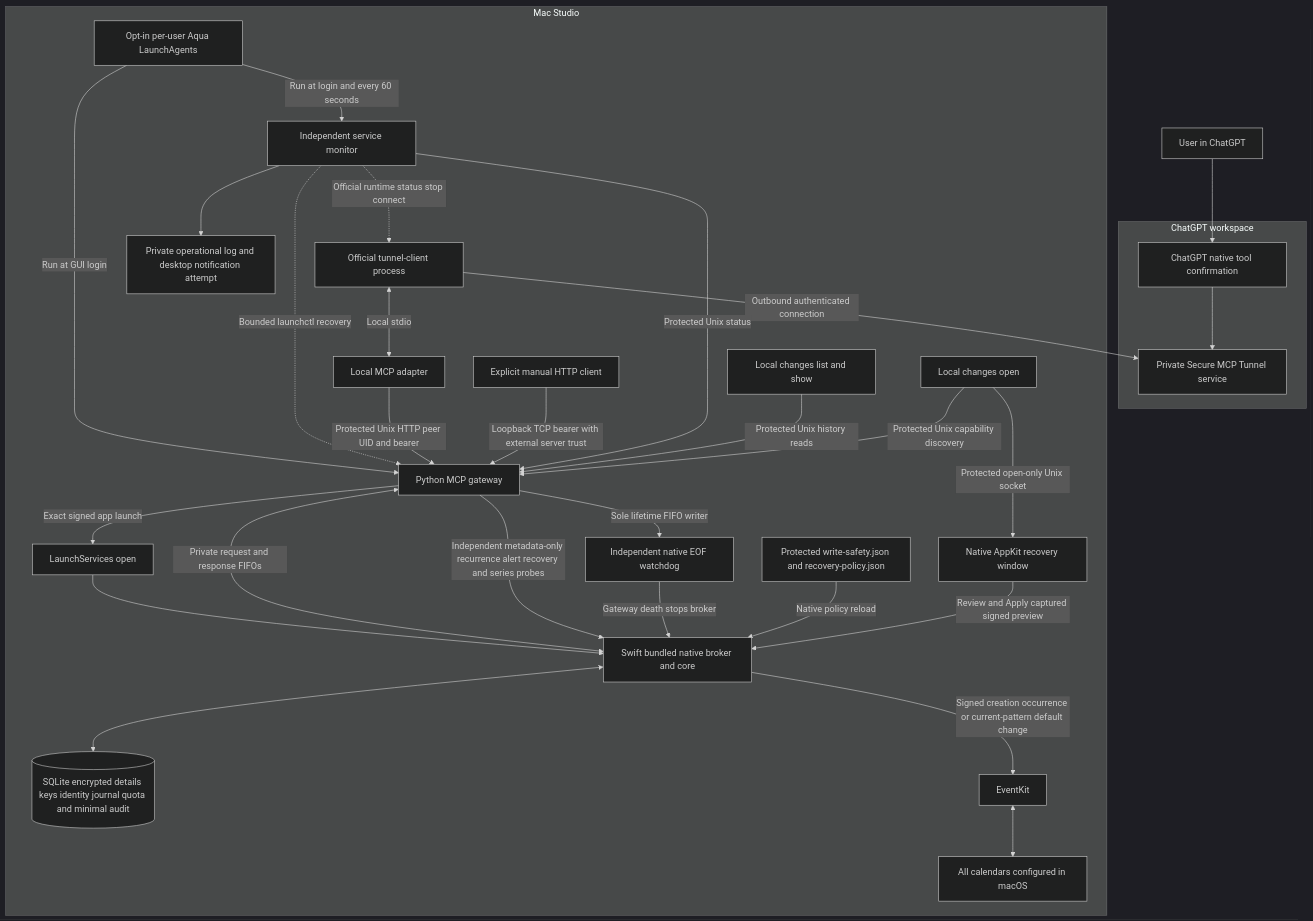
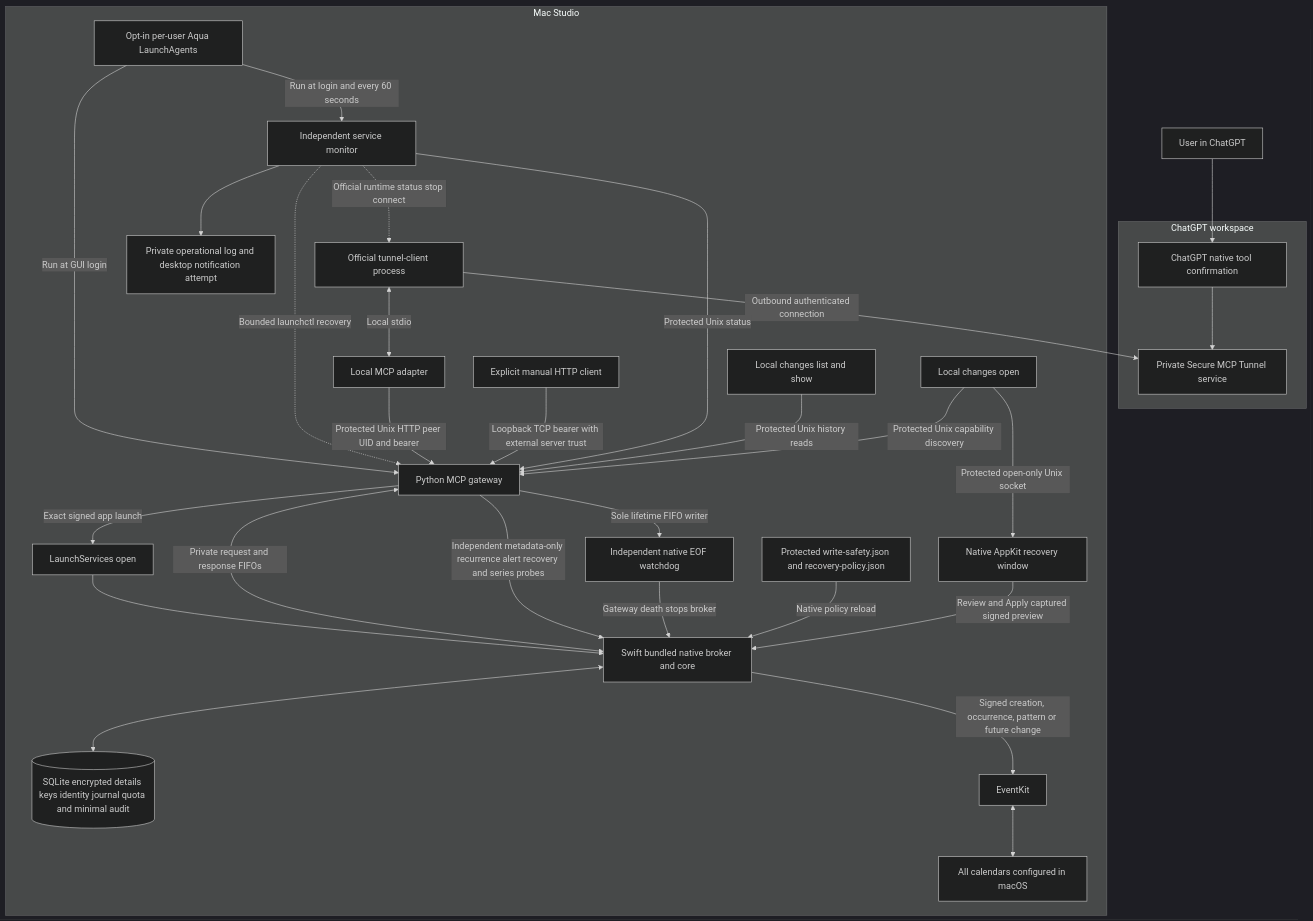
One commit to rmilkowski/icloud-calendar-mcp changed the first of 6 diagrams in docs/architecture.md. Above: the diagram before and after it, drawn with Mermaid (dark theme). The commit also changed other lines of this file and 2 other files, not shown here.

Commit message:
Document deployed future-occurrence features and access status

````diff
--- a/docs/architecture.md
+++ b/docs/architecture.md
@@ -105,33 +120,33 @@
 ```mermaid
 flowchart TB
     U[User in ChatGPT] --> C[ChatGPT native tool confirmation]
     subgraph Cloud[ChatGPT workspace]
         C --> T[Private Secure MCP Tunnel service]
     end
     subgraph Mac[Mac Studio]
         LD[Opt-in per-user Aqua LaunchAgents] -->|Run at GUI login| G
         LD -->|Run at login and every 60 seconds| M[Independent service monitor]
         M -.->|Bounded launchctl recovery| G
         M -.->|Official runtime status stop connect| TC
         M --> N[Private operational log and desktop notification attempt]
         TC[Official tunnel-client process] -->|Outbound authenticated connection| T
         TC <-->|Local stdio| A[Local MCP adapter]
         A -->|Protected Unix HTTP peer UID and bearer| G[Python MCP gateway]
         MANUAL[Explicit manual HTTP client] -->|Loopback TCP bearer with external server trust| G
         M -->|Protected Unix status| G
         G -->|Exact signed app launch| L[LaunchServices open]
         L --> B[Swift bundled native broker and core]
         G <-->|Private request and response FIFOs| B
         G -->|Independent metadata-only recurrence alert recovery and series probes| B
         G -->|Sole lifetime FIFO writer| W[Independent native EOF watchdog]
         W -->|Gateway death stops broker| B
         P[Protected write-safety.json and recovery-policy.json] -->|Native policy reload| B
         CLI[Local changes list and show] -->|Protected Unix history reads| G
         OPEN -->|Protected Unix capability discovery| G
         OPEN[Local changes open] -->|Protected open-only Unix socket| UI[Native AppKit recovery window]
         UI -->|Review and Apply captured signed preview| B
         B <--> D[(SQLite encrypted details keys identity journal quota and minimal audit)]
-        B -->|Signed creation occurrence or current-pattern default change| E[EventKit]
+        B -->|Signed creation, occurrence, pattern or future change| E[EventKit]
         E <--> K[All calendars configured in macOS]
     end
 ```
````
